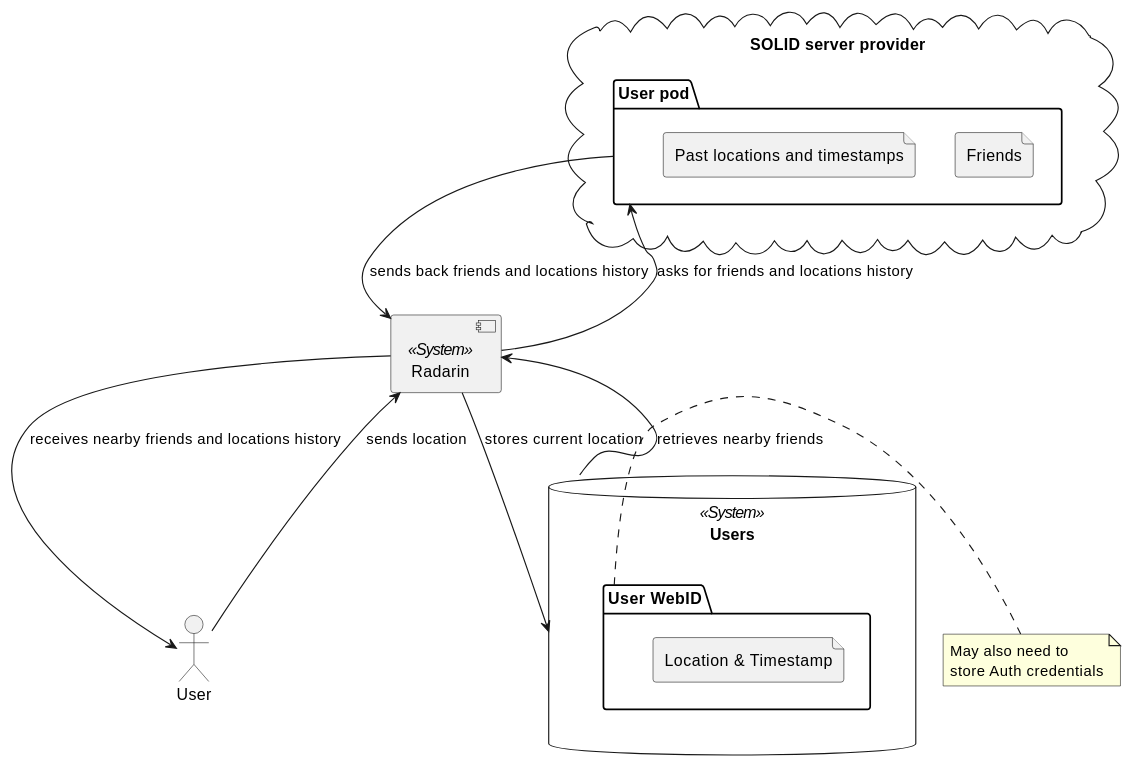
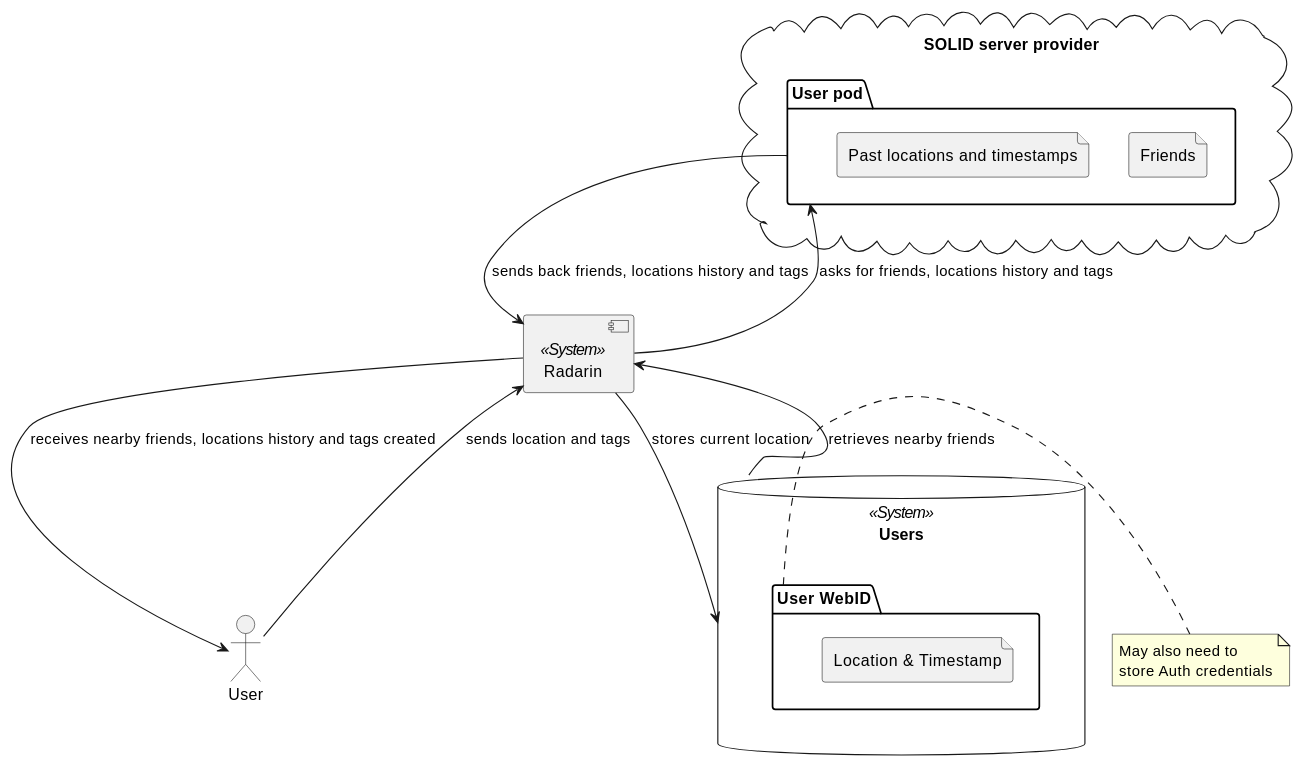
One commit to Arquisoft/radarin_en2b changed the first of 2 diagrams in webapp/docs/03_system_scope_and_context.adoc. Above: the diagram before and after it, drawn with PlantUML. The commit also changed other lines of this file and 12 other files, not shown here.

```diff
--- a/webapp/docs/03_system_scope_and_context.adoc
+++ b/webapp/docs/03_system_scope_and_context.adoc
@@ -47,30 +47,30 @@
 [plantuml, diagram-business, svg]
 ....
 :User: as user
 [Radarin] << System >> as WAPI
 
 database Users << System >> as DB {
     folder "User WebID" as foldb {
         file "Location & Timestamp" as loctmp
     }
 }
 
 cloud "SOLID server provider" {
     package "User pod" as pod {
         file "Friends" as friends
         file "Past locations and timestamps"
     }
 }
 
 note right of foldb
     May also need to
     store Auth credentials
 end note
 
-user --> WAPI : sends location
-WAPI --> user : receives nearby friends and locations history
+user --> WAPI : sends location and tags
+WAPI --> user : receives nearby friends, locations history and tags created
 WAPI --> DB : stores current location
 WAPI <-- DB : retrieves nearby friends 
-pod --> WAPI : sends back friends and locations history
-pod <-- WAPI : asks for friends and locations history
+pod --> WAPI : sends back friends, locations history and tags
+pod <-- WAPI : asks for friends, locations history and tags
 ....
```
